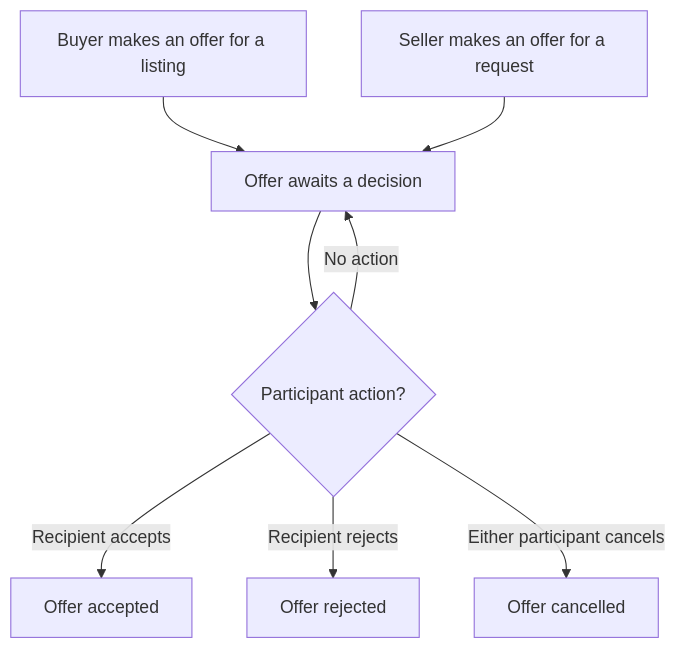
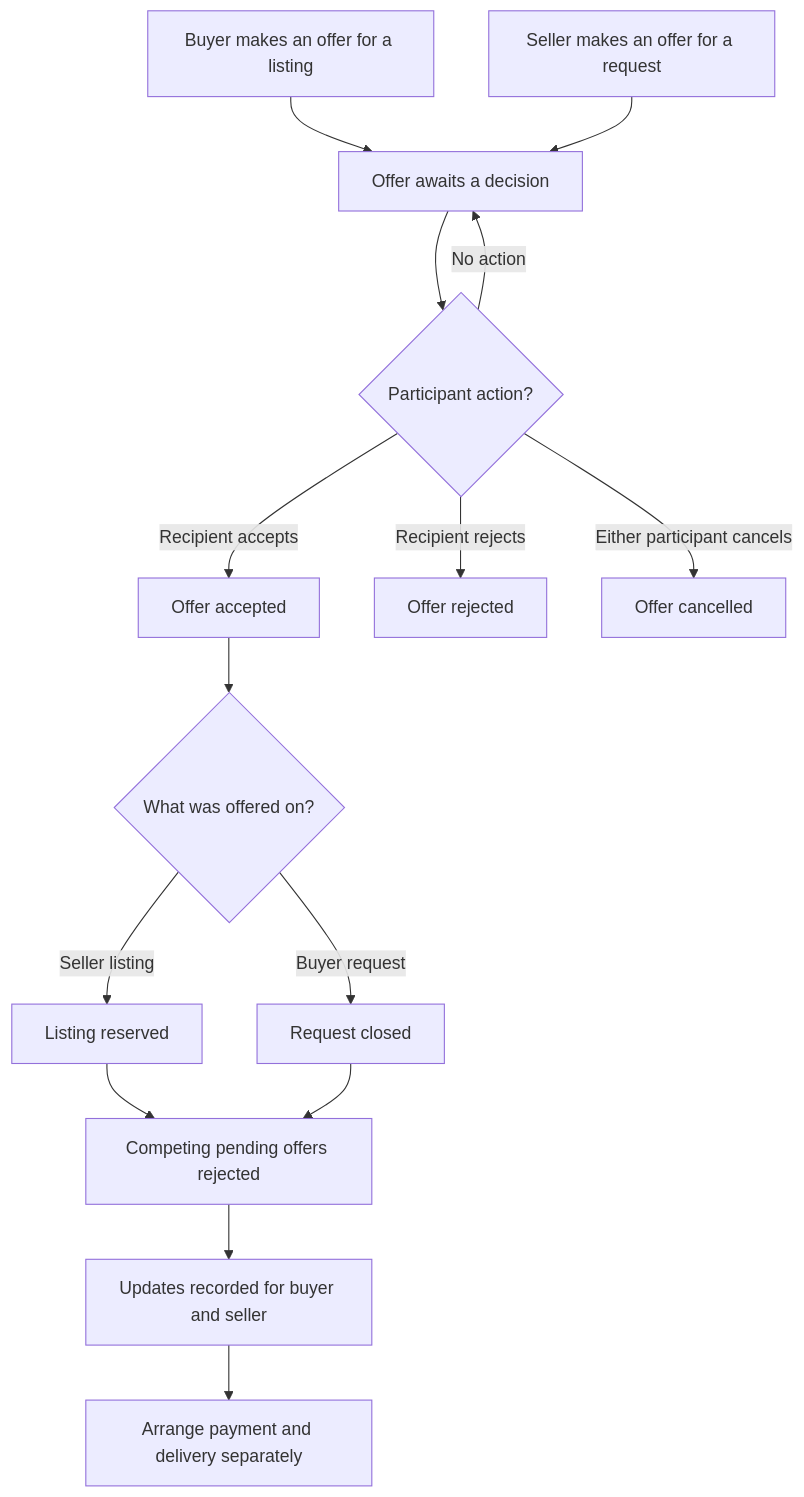
Before and after one commit to younessFathi/auto-parto: the sixth of 12 diagrams in docs/workflows.md, drawn with Mermaid. The commit also changed other lines of this file and 23 other files, not shown here.

````diff
--- a/docs/workflows.md
+++ b/docs/workflows.md
@@ -133,10 +133,17 @@
 ```mermaid
 flowchart TD
     A["Buyer makes an offer for a listing"] --> C["Offer awaits a decision"]
     B["Seller makes an offer for a request"] --> C
     C --> D{"Participant action?"}
     D -->|Recipient accepts| E["Offer accepted"]
+    E --> TARGET{"What was offered on?"}
+    TARGET -->|Seller listing| RESERVED["Listing reserved"]
+    TARGET -->|Buyer request| CLOSED["Request closed"]
+    RESERVED --> COMPETING["Competing pending offers rejected"]
+    CLOSED --> COMPETING
+    COMPETING --> UPDATES["Updates recorded for buyer and seller"]
+    UPDATES --> NEXT["Arrange payment and delivery separately"]
     D -->|Recipient rejects| F["Offer rejected"]
     D -->|Either participant cancels| G["Offer cancelled"]
     D -->|No action| C
 ```
````
